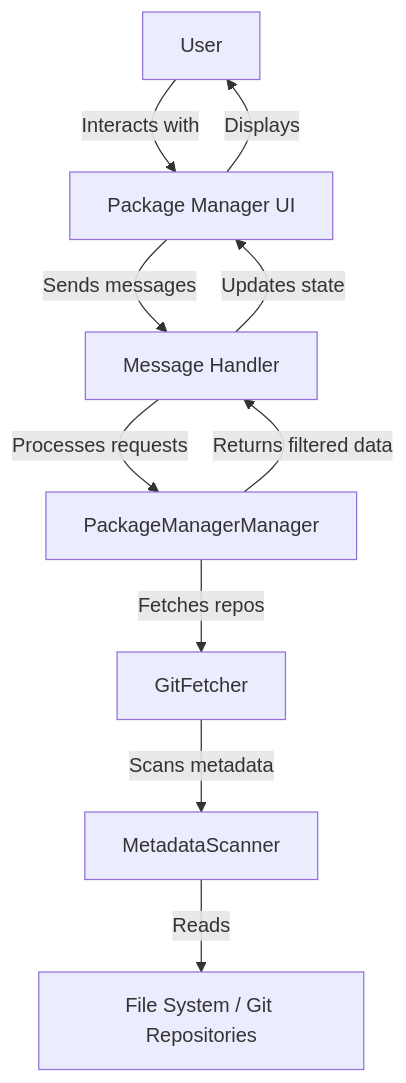
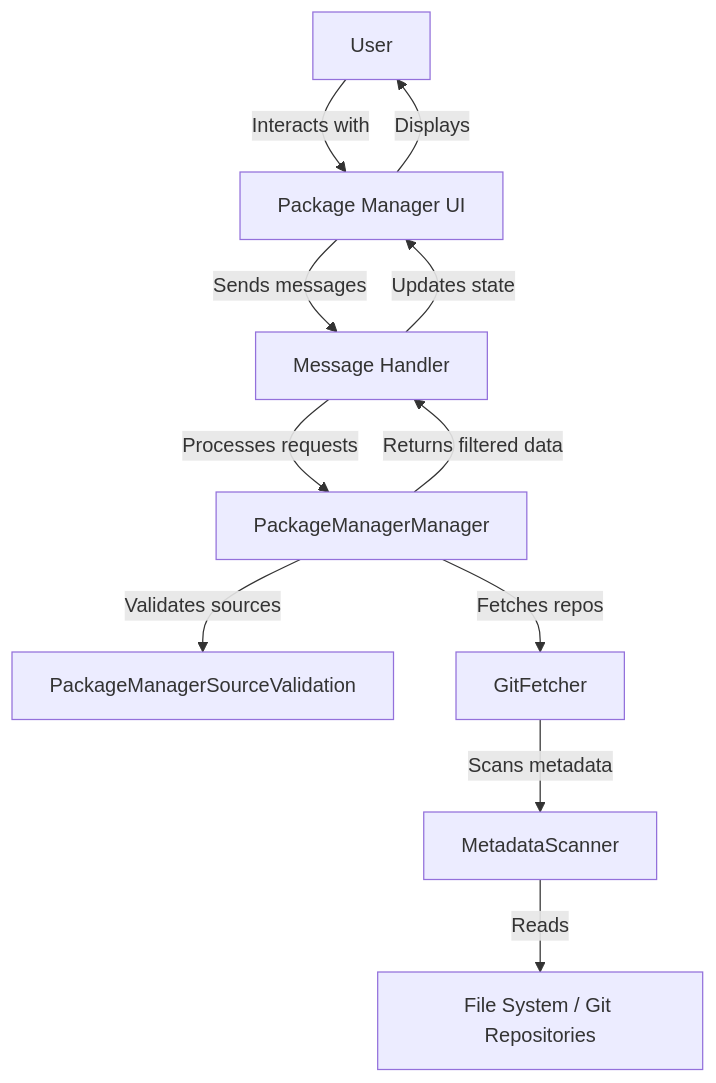
One commit to Smartsheet-JB-Brown/Roo-Code changed the first of 5 diagrams in cline_docs/package-manager/implementation/01-architecture.md. Above: the diagram before and after it, drawn with Mermaid. The commit also changed other lines of this file and 5 other files, not shown here.

````diff
--- a/cline_docs/package-manager/implementation/01-architecture.md
+++ b/cline_docs/package-manager/implementation/01-architecture.md
@@ -11,12 +11,13 @@
 ```mermaid
 graph TD
     User[User] -->|Interacts with| UI[Package Manager UI]
     UI -->|Sends messages| MH[Message Handler]
     MH -->|Processes requests| PM[PackageManagerManager]
+    PM -->|Validates sources| PSV[PackageManagerSourceValidation]
     PM -->|Fetches repos| GF[GitFetcher]
     GF -->|Scans metadata| MS[MetadataScanner]
     MS -->|Reads| FS[File System / Git Repositories]
     PM -->|Returns filtered data| MH
     MH -->|Updates state| UI
     UI -->|Displays| User
 ```
````
